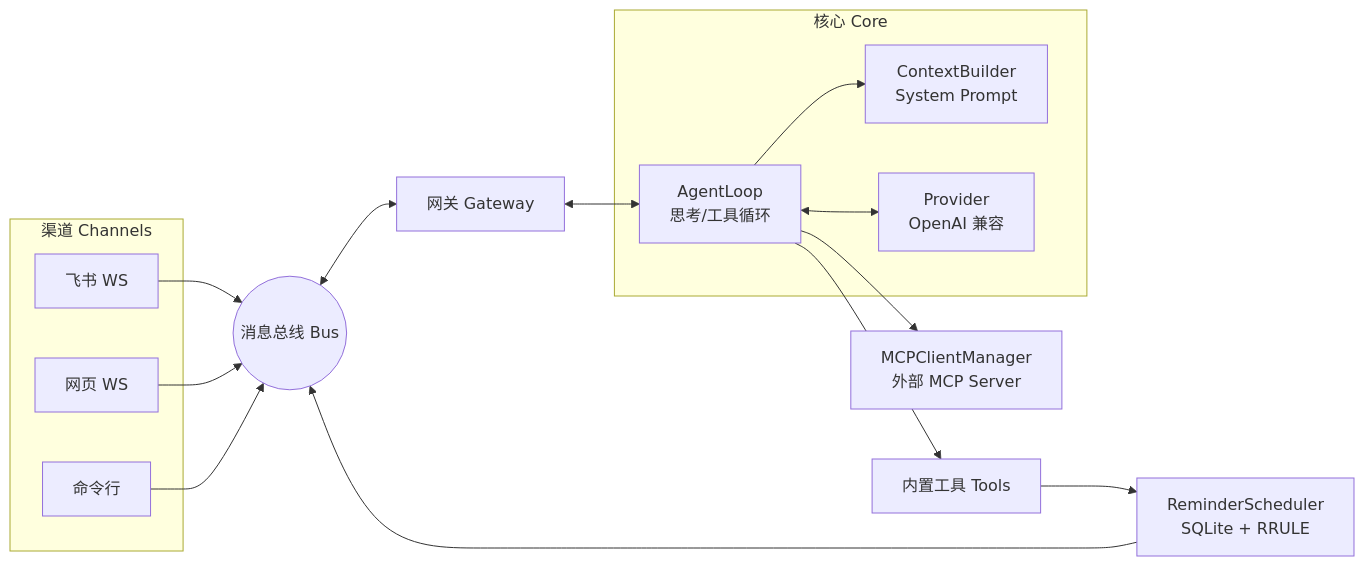
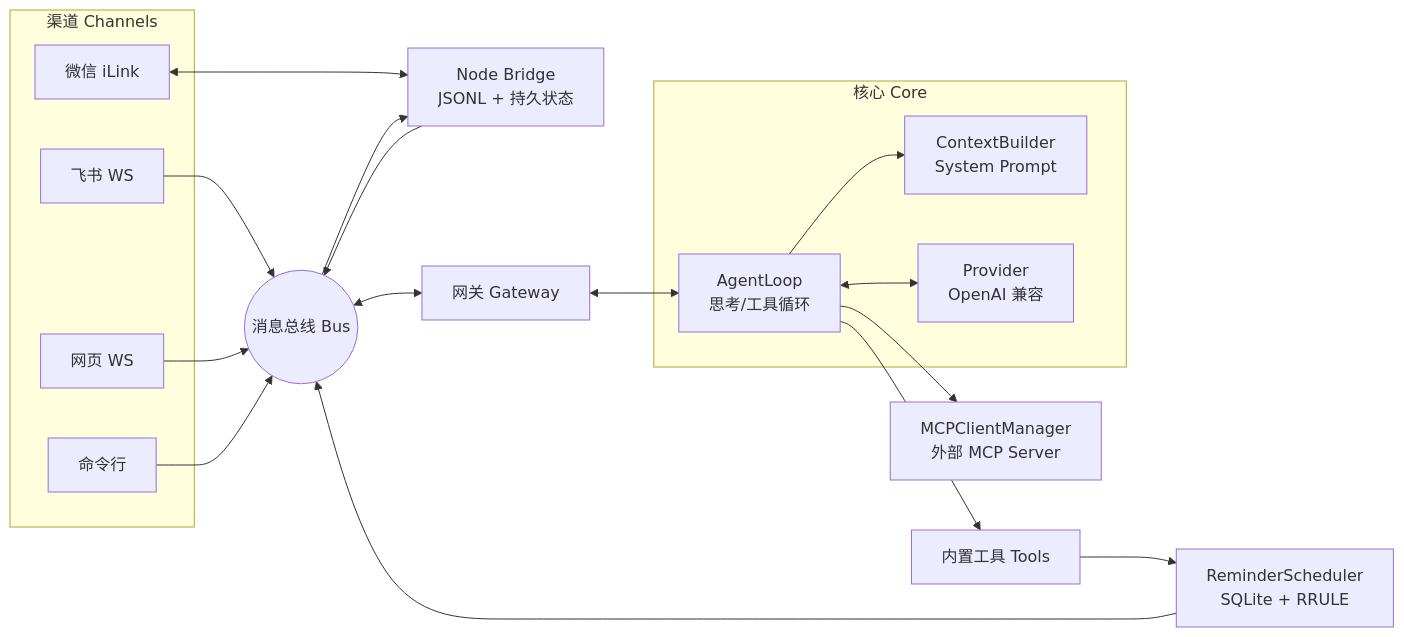
Before and after one commit to JefferyTG/nanoclaw: the diagram in README.md, drawn with Mermaid. The commit also changed other lines of this file and 52 other files, not shown here.

````diff
--- a/README.md
+++ b/README.md
@@ -28,33 +28,39 @@
 ```mermaid
 flowchart LR
     subgraph 渠道 Channels
         FS[飞书 WS]
+        WX[微信 iLink]
         WEB[网页 WS]
         CLI[命令行]
     end
+
+    WXBR[Node Bridge\nJSONL + 持久状态]
 
     BUS((消息总线 Bus))
     GW[网关 Gateway]
 
     subgraph 核心 Core
         LOOP[AgentLoop\n思考/工具循环]
         CTX[ContextBuilder\nSystem Prompt]
         PROV[Provider\nOpenAI 兼容]
     end
 
     TOOLS[内置工具 Tools]
     MCP[MCPClientManager\n外部 MCP Server]
     REM[ReminderScheduler\nSQLite + RRULE]
 
     FS --> BUS
+    WX <--> WXBR
+    WXBR --> BUS
+    BUS --> WXBR
     WEB --> BUS
     CLI --> BUS
     BUS <--> GW
     GW <--> LOOP
     LOOP --> CTX
     LOOP <--> PROV
     LOOP --> TOOLS
     LOOP --> MCP
     TOOLS --> REM
     REM --> BUS
 ```
````
